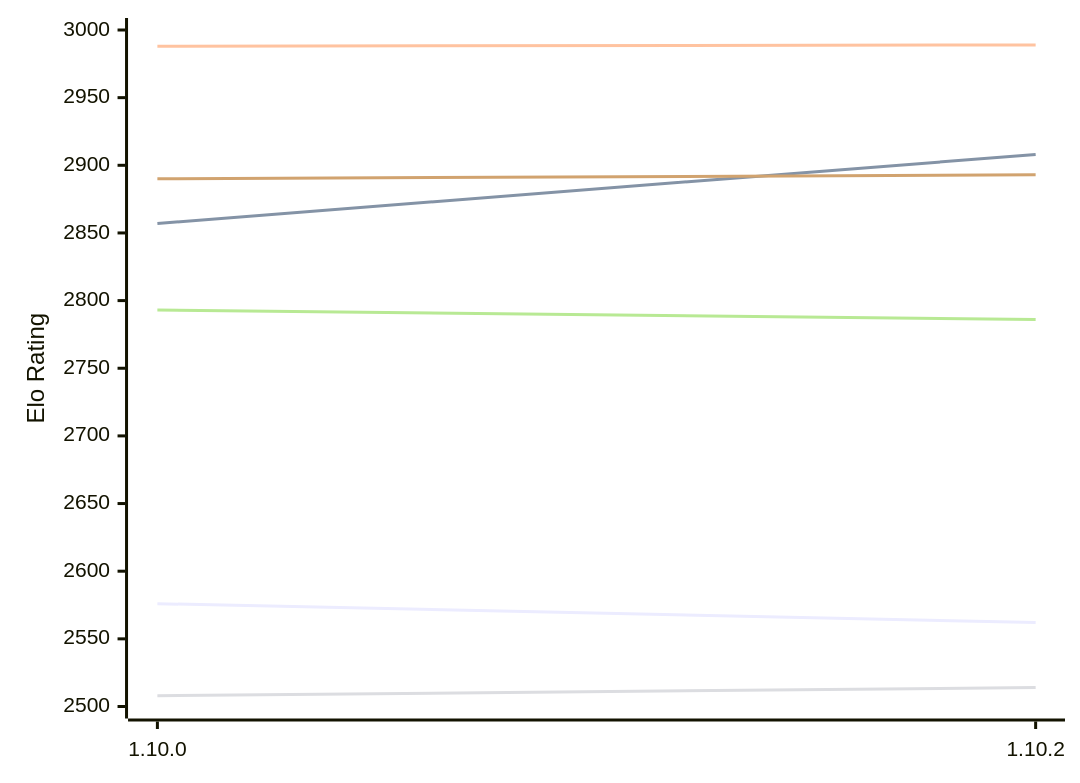
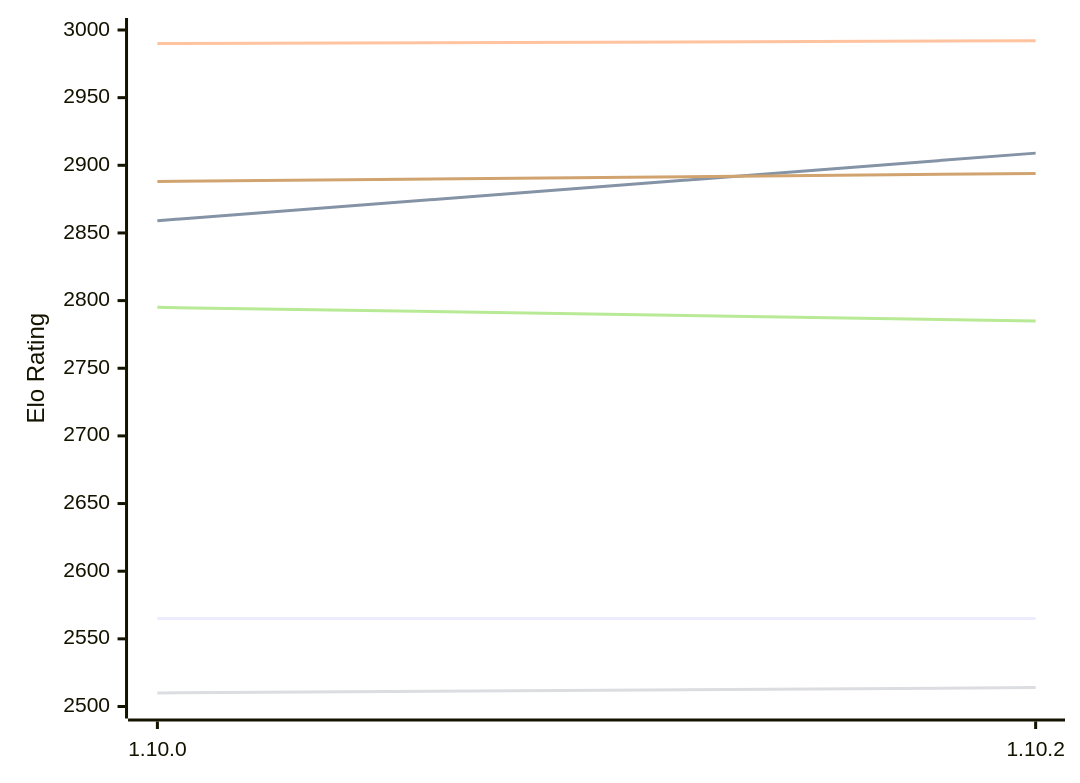
Before and after one commit to computer-chess-index/cci: the first of 2 diagrams in engines/Basilisk.md, drawn with Mermaid. The commit also changed other lines of this file, not shown here.

Commit message:
Update CCI Ratings (ELO VLTC) - 2026-11-15

````diff
--- a/engines/Basilisk.md
+++ b/engines/Basilisk.md
@@ -61,12 +61,12 @@
 ```mermaid
 %%{init: {"theme":"base","themeVariables":{"seriesColors:['#a3a3a3','#222221','#faa371']}}}%%
 xychart-beta
   x-axis ["1.10.0", "1.10.2"]
   y-axis "Elo Rating" 2500 --> 3000
-  line "E1: STC (8.0+0.08s)" [2576, 2562]
-  line "E1: LTC (60.0+0.60s)" [2857, 2908]
-  line "E1: VLTC (2m24s+1.12s)" [2988, 2989]
-  line "P1: STC (8.0+0.08s)" [2508, 2514]
-  line "P1: LTC (60.0+0.60s)" [2793, 2786]
-  line "P1: VLTC (2m24s+1.12s)" [2890, 2893]
+  line "E1: STC (8.0+0.08s)" [2565, 2565]
+  line "E1: LTC (60.0+0.60s)" [2859, 2909]
+  line "E1: VLTC (2m24s+1.12s)" [2990, 2992]
+  line "P1: STC (8.0+0.08s)" [2510, 2514]
+  line "P1: LTC (60.0+0.60s)" [2795, 2785]
+  line "P1: VLTC (2m24s+1.12s)" [2888, 2894]
 ```
````
